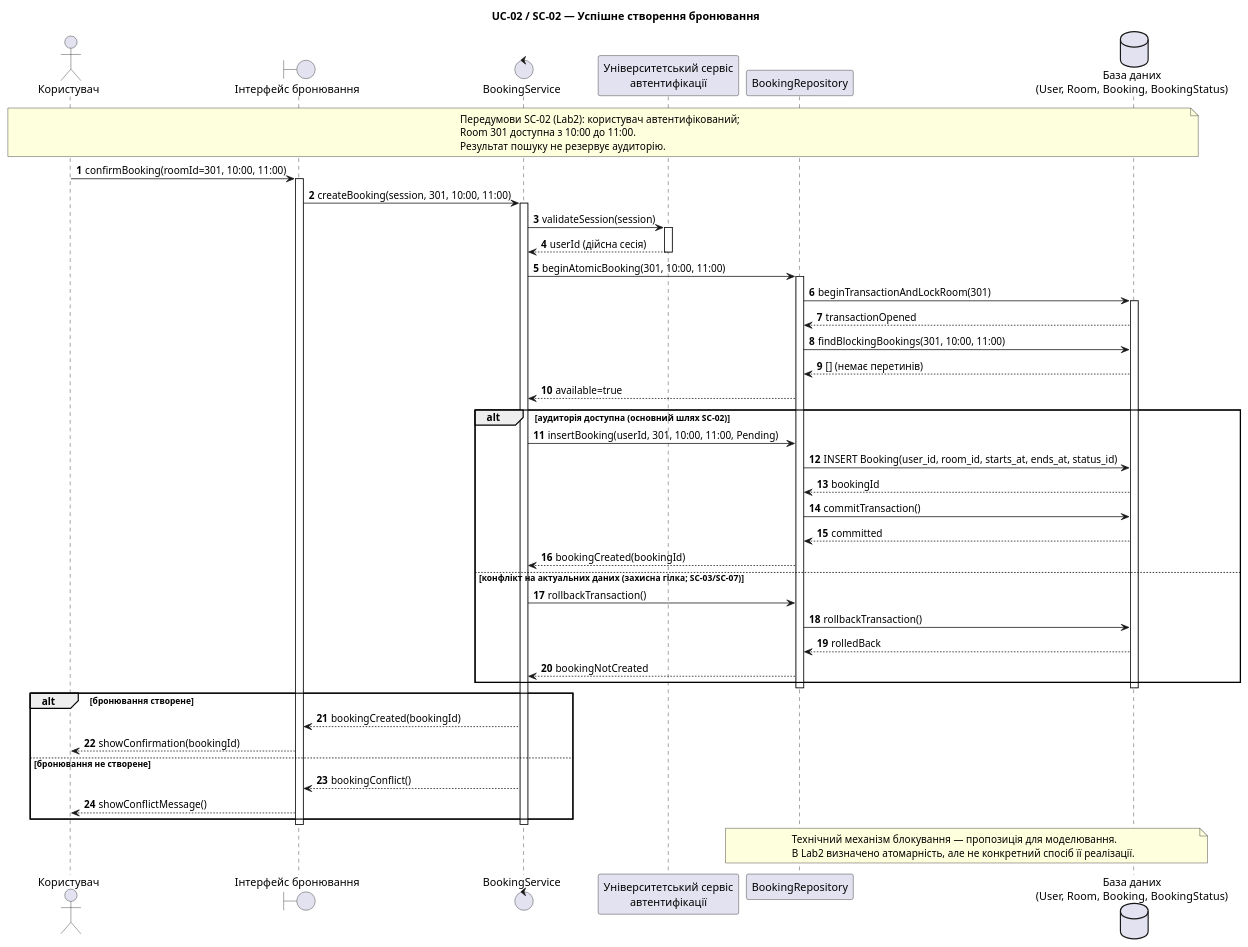
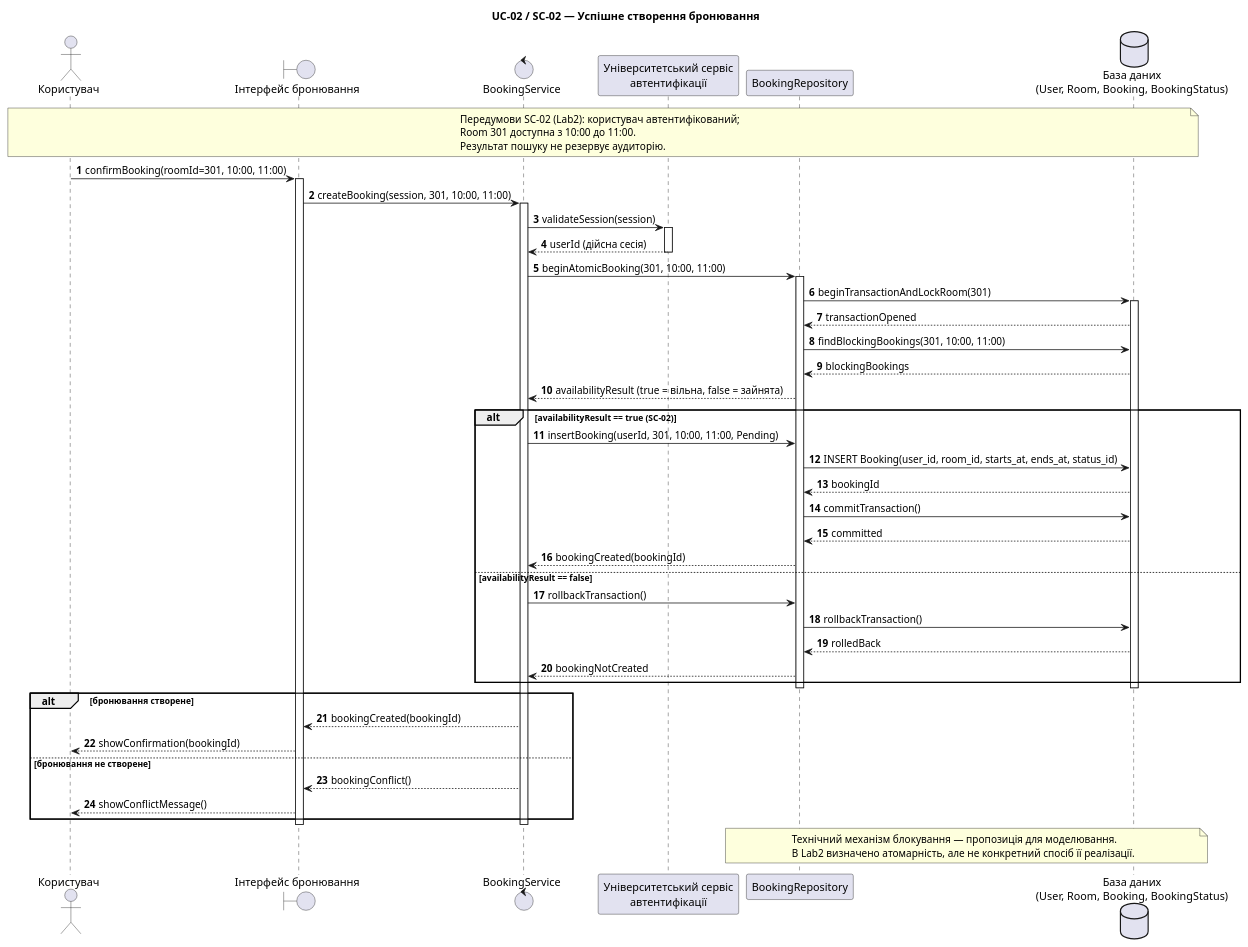
One commit to Oleksandr-C-S/MAVPZ changed the diagram in lab3/model/sequence-01.puml. Above: the diagram before and after it, drawn with PlantUML. The commit also changed 7 other files, not shown here.

Commit message:
fix availability conditions in sequence diagrams

```diff
--- a/lab3/model/sequence-01.puml
+++ b/lab3/model/sequence-01.puml
@@ -1,69 +1,67 @@
 @startuml
-' Lab3 — UC-02 / SC-02: Успішне створення бронювання
-' Чернетка для аналізу та перевірки студентом
 
 title UC-02 / SC-02 — Успішне створення бронювання
 
 autonumber
 actor "Користувач" as User
 boundary "Інтерфейс бронювання" as UI
 control "BookingService" as Service
 participant "Університетський сервіс\nавтентифікації" as Auth
 participant "BookingRepository" as Repo
 database "База даних\n(User, Room, Booking, BookingStatus)" as DB
 
 note over User,DB
 Передумови SC-02 (Lab2): користувач автентифікований;
 Room 301 доступна з 10:00 до 11:00.
 Результат пошуку не резервує аудиторію.
 end note
 
 User -> UI : confirmBooking(roomId=301, 10:00, 11:00)
 activate UI
 UI -> Service : createBooking(session, 301, 10:00, 11:00)
 activate Service
 Service -> Auth : validateSession(session)
 activate Auth
 Auth --> Service : userId (дійсна сесія)
 deactivate Auth
 
 Service -> Repo : beginAtomicBooking(301, 10:00, 11:00)
 activate Repo
 Repo -> DB : beginTransactionAndLockRoom(301)
 activate DB
 DB --> Repo : transactionOpened
 Repo -> DB : findBlockingBookings(301, 10:00, 11:00)
-DB --> Repo : [] (немає перетинів)
-Repo --> Service : available=true
+DB --> Repo : blockingBookings
+Repo --> Service : availabilityResult (true = вільна, false = зайнята)
 
-alt аудиторія доступна (основний шлях SC-02)
+alt availabilityResult == true (SC-02)
     Service -> Repo : insertBooking(userId, 301, 10:00, 11:00, Pending)
     Repo -> DB : INSERT Booking(user_id, room_id, starts_at, ends_at, status_id)
     DB --> Repo : bookingId
     Repo -> DB : commitTransaction()
     DB --> Repo : committed
     Repo --> Service : bookingCreated(bookingId)
-else конфлікт на актуальних даних (захисна гілка; SC-03/SC-07)
+else availabilityResult == false
     Service -> Repo : rollbackTransaction()
     Repo -> DB : rollbackTransaction()
     DB --> Repo : rolledBack
     Repo --> Service : bookingNotCreated
 end
 
 deactivate DB
 deactivate Repo
 alt бронювання створене
     Service --> UI : bookingCreated(bookingId)
     UI --> User : showConfirmation(bookingId)
 else бронювання не створене
     Service --> UI : bookingConflict()
     UI --> User : showConflictMessage()
 end
 deactivate Service
 deactivate UI
 
 note over Repo,DB
 Технічний механізм блокування — пропозиція для моделювання.
 В Lab2 визначено атомарність, але не конкретний спосіб її реалізації.
 end note
 @enduml
```
